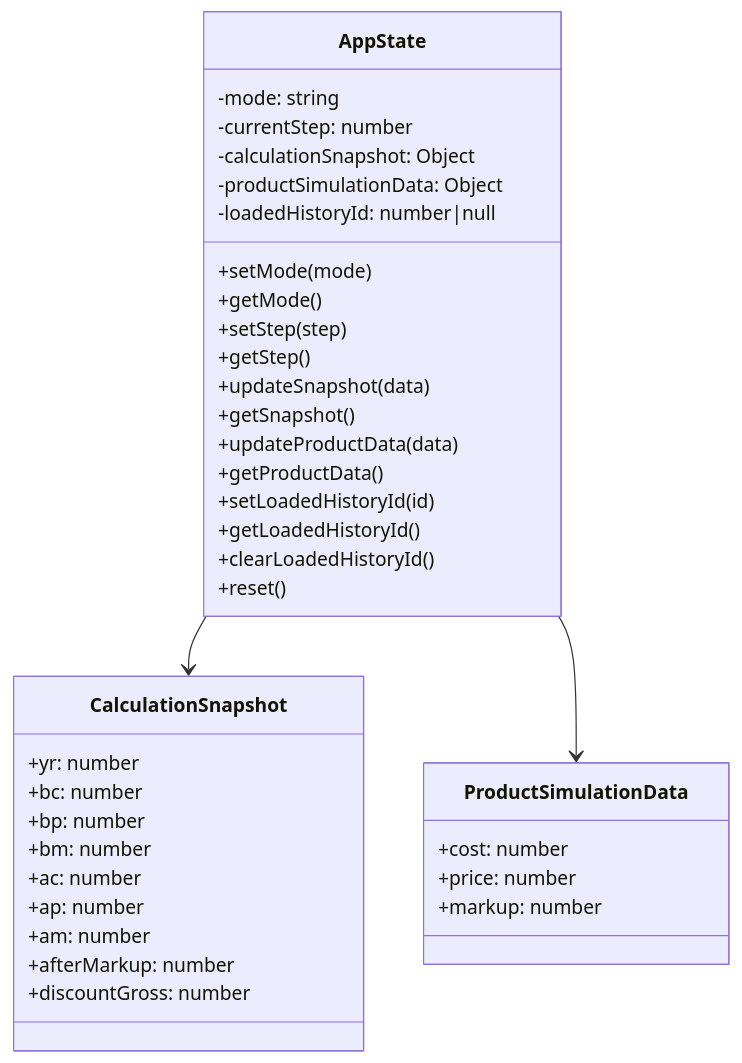
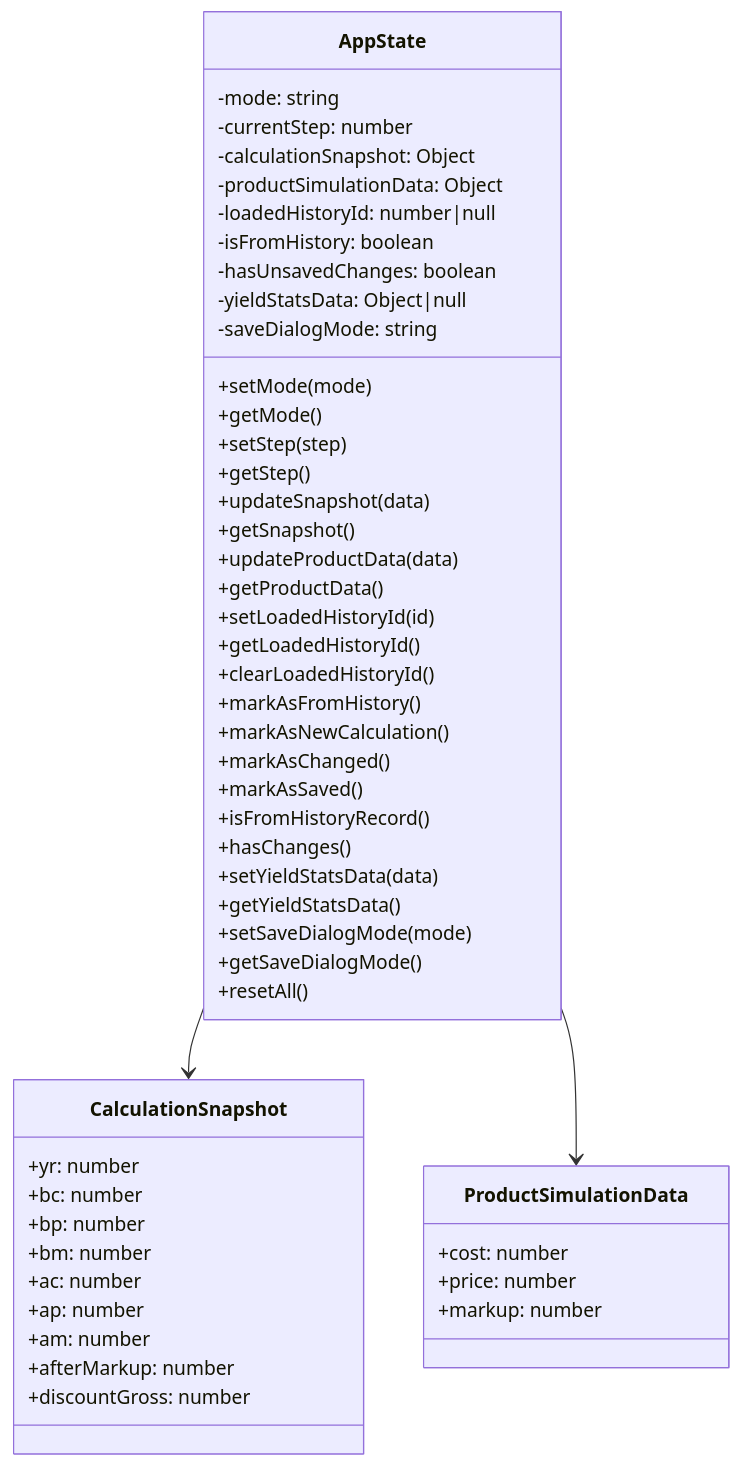
Before and after one commit to Watanabe-Masao/tool: the seventh of 22 diagrams in docs/ARCHITECTURE.md, drawn with Mermaid. The commit also changed other lines of this file and 4 other files, not shown here.

````diff
--- a/docs/ARCHITECTURE.md
+++ b/docs/ARCHITECTURE.md
@@ -279,43 +283,57 @@
 ```mermaid
 classDiagram
     class AppState {
         -mode: string
         -currentStep: number
         -calculationSnapshot: Object
         -productSimulationData: Object
         -loadedHistoryId: number|null
+        -isFromHistory: boolean
+        -hasUnsavedChanges: boolean
+        -yieldStatsData: Object|null
+        -saveDialogMode: string
         +setMode(mode)
         +getMode()
         +setStep(step)
         +getStep()
         +updateSnapshot(data)
         +getSnapshot()
         +updateProductData(data)
         +getProductData()
         +setLoadedHistoryId(id)
         +getLoadedHistoryId()
         +clearLoadedHistoryId()
-        +reset()
+        +markAsFromHistory()
+        +markAsNewCalculation()
+        +markAsChanged()
+        +markAsSaved()
+        +isFromHistoryRecord()
+        +hasChanges()
+        +setYieldStatsData(data)
+        +getYieldStatsData()
+        +setSaveDialogMode(mode)
+        +getSaveDialogMode()
+        +resetAll()
     }
 
     class CalculationSnapshot {
         +yr: number
         +bc: number
         +bp: number
         +bm: number
         +ac: number
         +ap: number
         +am: number
         +afterMarkup: number
         +discountGross: number
     }
 
     class ProductSimulationData {
         +cost: number
         +price: number
         +markup: number
     }
 
     AppState --> CalculationSnapshot
     AppState --> ProductSimulationData
 ```
````
